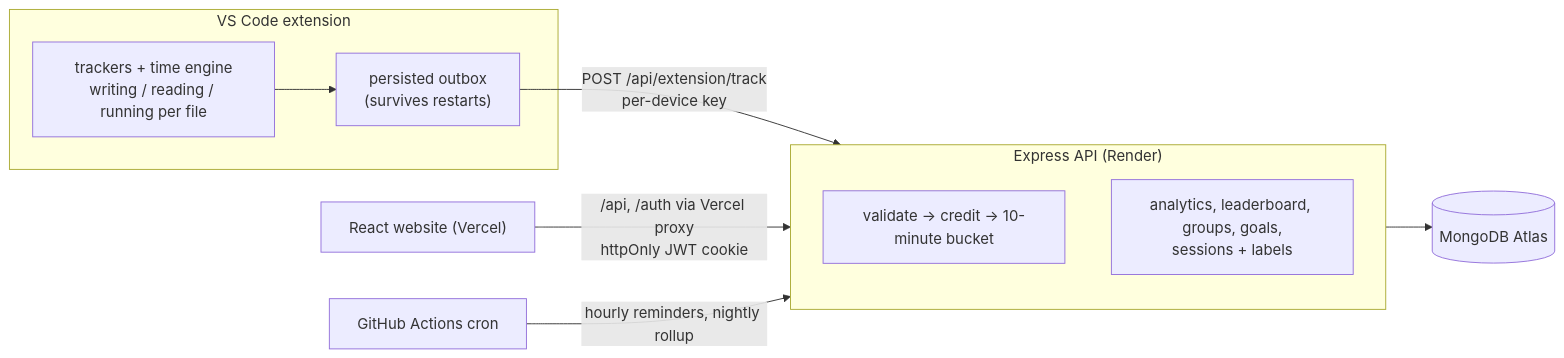
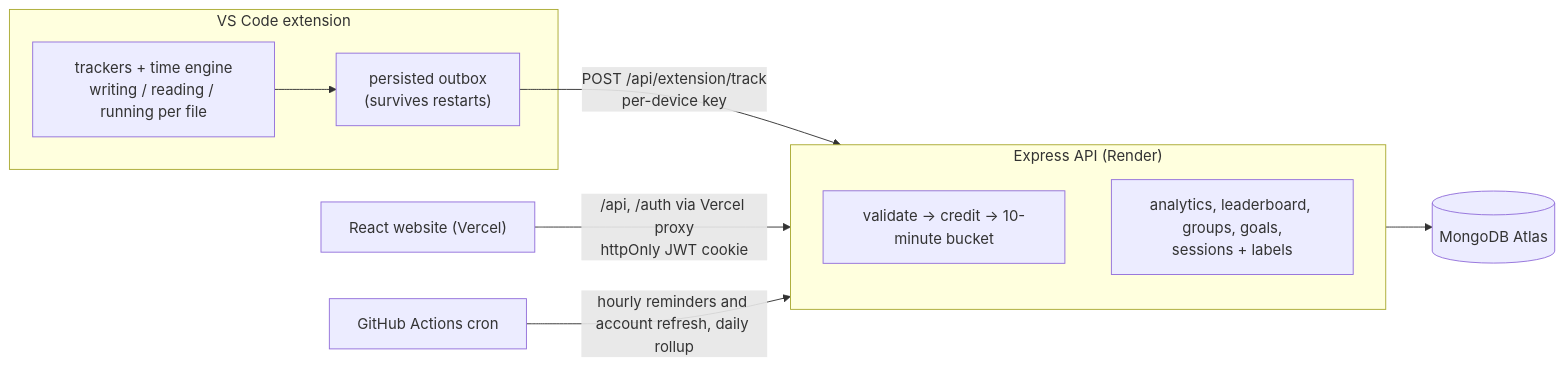
Before and after one commit to PratikJambhule/CodeTrackr: the diagram in README.md, drawn with Mermaid. The commit also changed other lines of this file and 48 other files, not shown here.

````diff
--- a/README.md
+++ b/README.md
@@ -67,14 +70,14 @@
 ```mermaid
 flowchart LR
   subgraph VSCode["VS Code extension"]
     T["trackers + time engine<br/>writing / reading / running per file"] --> Q["persisted outbox<br/>(survives restarts)"]
   end
   Q -- "POST /api/extension/track<br/>per-device key" --> API
   B["React website (Vercel)"] -- "/api, /auth via Vercel proxy<br/>httpOnly JWT cookie" --> API
-  GH["GitHub Actions cron"] -- "hourly reminders, nightly rollup" --> API
+  GH["GitHub Actions cron"] -- "hourly reminders and account refresh, daily rollup" --> API
   subgraph API["Express API (Render)"]
     I["validate → credit → 10-minute bucket"]
     R["analytics, leaderboard, groups, goals,<br/>sessions + labels"]
   end
   API --> DB[("MongoDB Atlas")]
 ```
````
